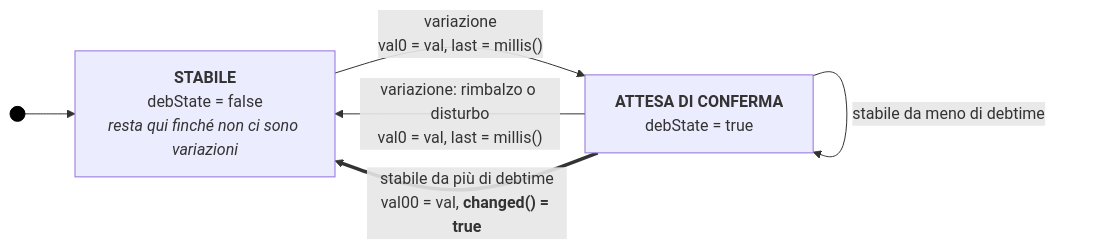
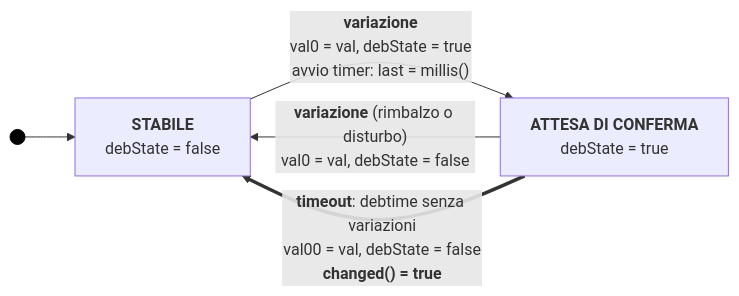
The diagram in debouncerFSM2.md (sebastianomelita/ArduinoBareMetal), drawn with Mermaid before and after one commit. The commit also changed other lines of this file and 2 other files, not shown here.

````diff
--- a/debouncerFSM2.md
+++ b/debouncerFSM2.md
@@ -140,11 +147,10 @@
 ```mermaid
 flowchart LR
     I(( )) --> S
-    S["<b>STABILE</b><br>debState = false<br><i>resta qui finché non ci sono variazioni</i>"]
+    S["<b>STABILE</b><br>debState = false"]
     A["<b>ATTESA DI CONFERMA</b><br>debState = true"]
-    S -- "variazione<br>val0 = val, last = millis()" --> A
-    A -- "variazione: rimbalzo o disturbo<br>val0 = val, last = millis()" --> S
-    A -- "stabile da meno di debtime" --> A
-    A == "stabile da più di debtime<br>val00 = val, <b>changed() = true</b>" ==> S
+    S -- "<b>variazione</b><br>val0 = val, debState = true<br>avvio timer: last = millis()" --> A
+    A -- "<b>variazione</b> (rimbalzo o disturbo)<br>val0 = val, debState = false" --> S
+    A == "<b>timeout</b>: debtime senza variazioni<br>val00 = val, debState = false<br><b>changed() = true</b>" ==> S
     style I fill:#000,stroke:#000
 ```
````
